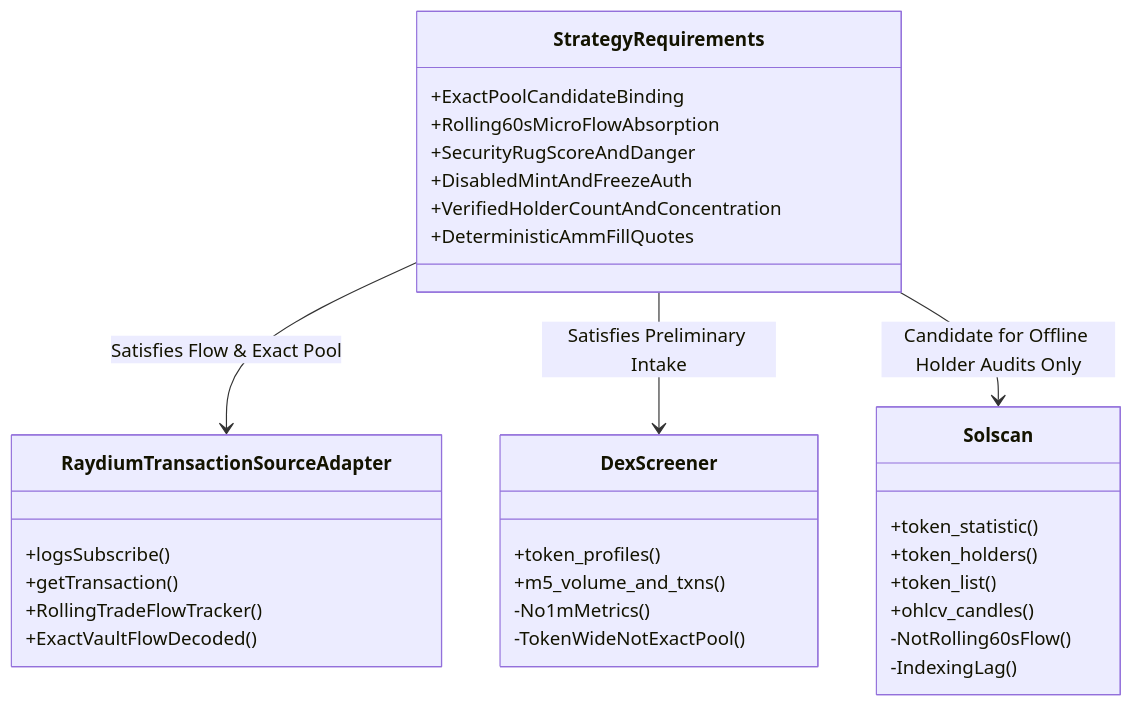
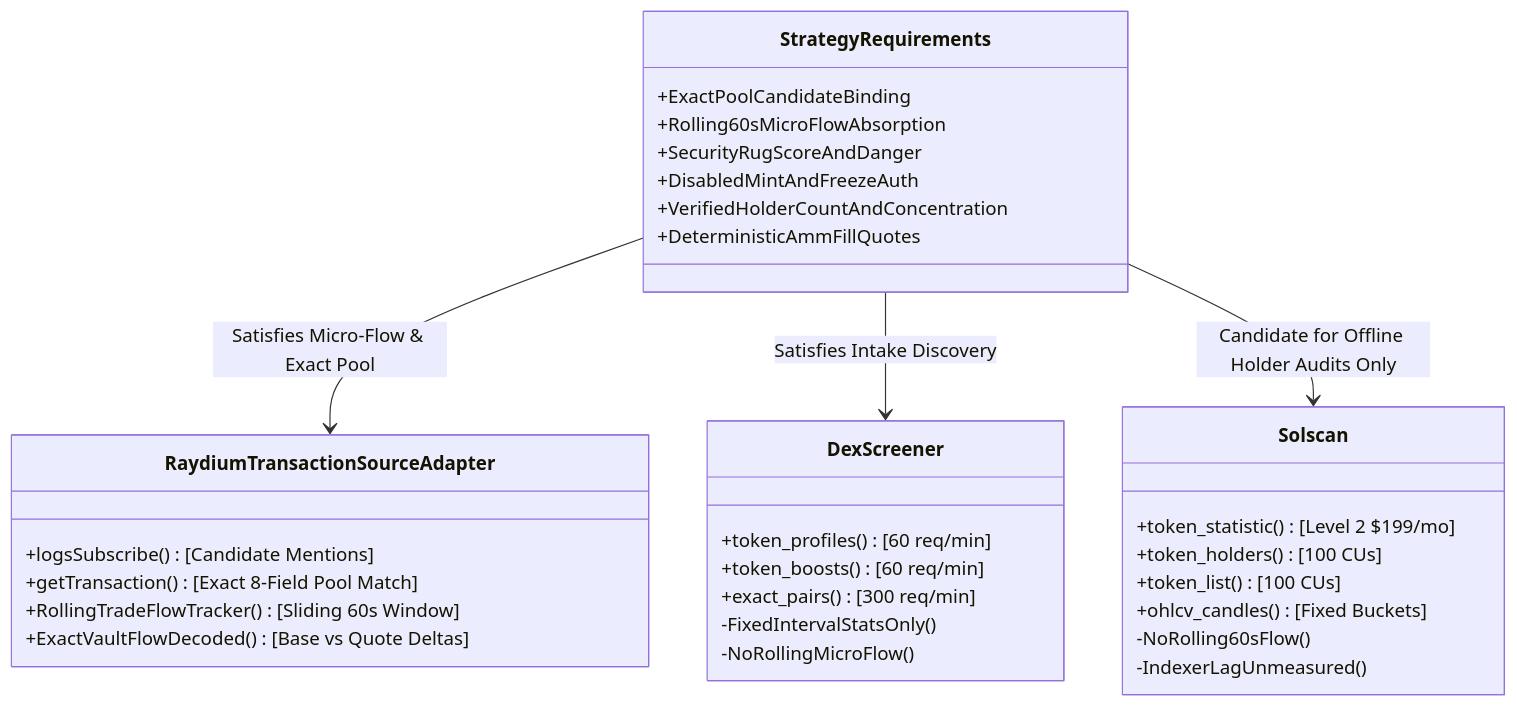
The second of 2 diagrams in docs/research-planning/api-provider-capabilities-and-cost-roadmap.md (whojosegonzalez/NeXusTrade-TopG), drawn with Mermaid before and after one commit. The commit also changed other lines of this file, not shown here.

Commit message:
docs(research): correct provider roadmap facts, endpoint rate limits, and scenario workload models

````diff
--- a/docs/research-planning/api-provider-capabilities-and-cost-roadmap.md
+++ b/docs/research-planning/api-provider-capabilities-and-cost-roadmap.md
@@ -107,38 +109,39 @@
 ```mermaid
 classDiagram
     class StrategyRequirements {
         +ExactPoolCandidateBinding
         +Rolling60sMicroFlowAbsorption
         +SecurityRugScoreAndDanger
         +DisabledMintAndFreezeAuth
         +VerifiedHolderCountAndConcentration
         +DeterministicAmmFillQuotes
     }
 
     class Solscan {
-        +token_statistic()
-        +token_holders()
-        +token_list()
-        +ohlcv_candles()
-        -NotRolling60sFlow()
-        -IndexingLag()
+        +token_statistic() [Level 2 $199/mo]
+        +token_holders() [100 CUs]
+        +token_list() [100 CUs]
+        +ohlcv_candles() [Fixed Buckets]
+        -NoRolling60sFlow()
+        -IndexerLagUnmeasured()
     }
 
     class DexScreener {
-        +token_profiles()
-        +m5_volume_and_txns()
-        -No1mMetrics()
-        -TokenWideNotExactPool()
+        +token_profiles() [60 req/min]
+        +token_boosts() [60 req/min]
+        +exact_pairs() [300 req/min]
+        -FixedIntervalStatsOnly()
+        -NoRollingMicroFlow()
     }
 
     class RaydiumTransactionSourceAdapter {
-        +logsSubscribe()
-        +getTransaction()
-        +RollingTradeFlowTracker()
-        +ExactVaultFlowDecoded()
+        +logsSubscribe() [Candidate Mentions]
+        +getTransaction() [Exact 8-Field Pool Match]
+        +RollingTradeFlowTracker() [Sliding 60s Window]
+        +ExactVaultFlowDecoded() [Base vs Quote Deltas]
     }
 
-    StrategyRequirements --> RaydiumTransactionSourceAdapter : Satisfies Flow & Exact Pool
-    StrategyRequirements --> DexScreener : Satisfies Preliminary Intake
+    StrategyRequirements --> RaydiumTransactionSourceAdapter : Satisfies Micro-Flow & Exact Pool
+    StrategyRequirements --> DexScreener : Satisfies Intake Discovery
     StrategyRequirements --> Solscan : Candidate for Offline Holder Audits Only
 ```
````
